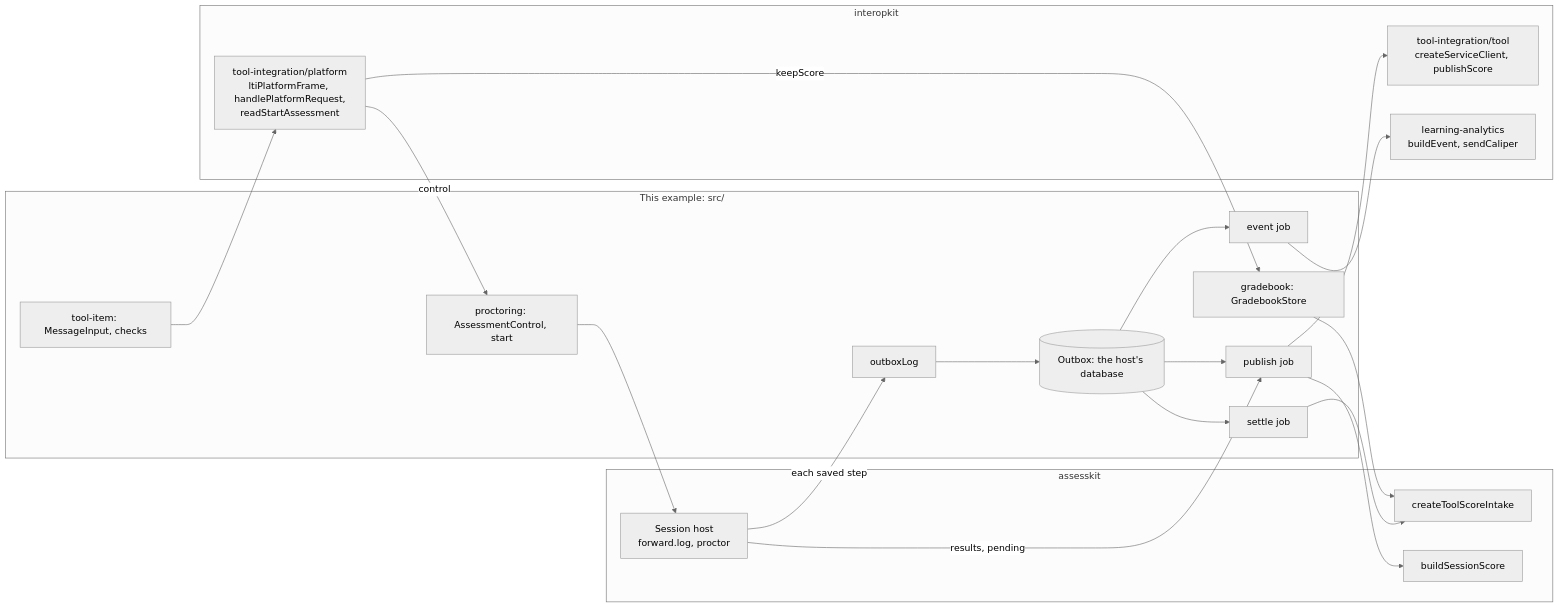
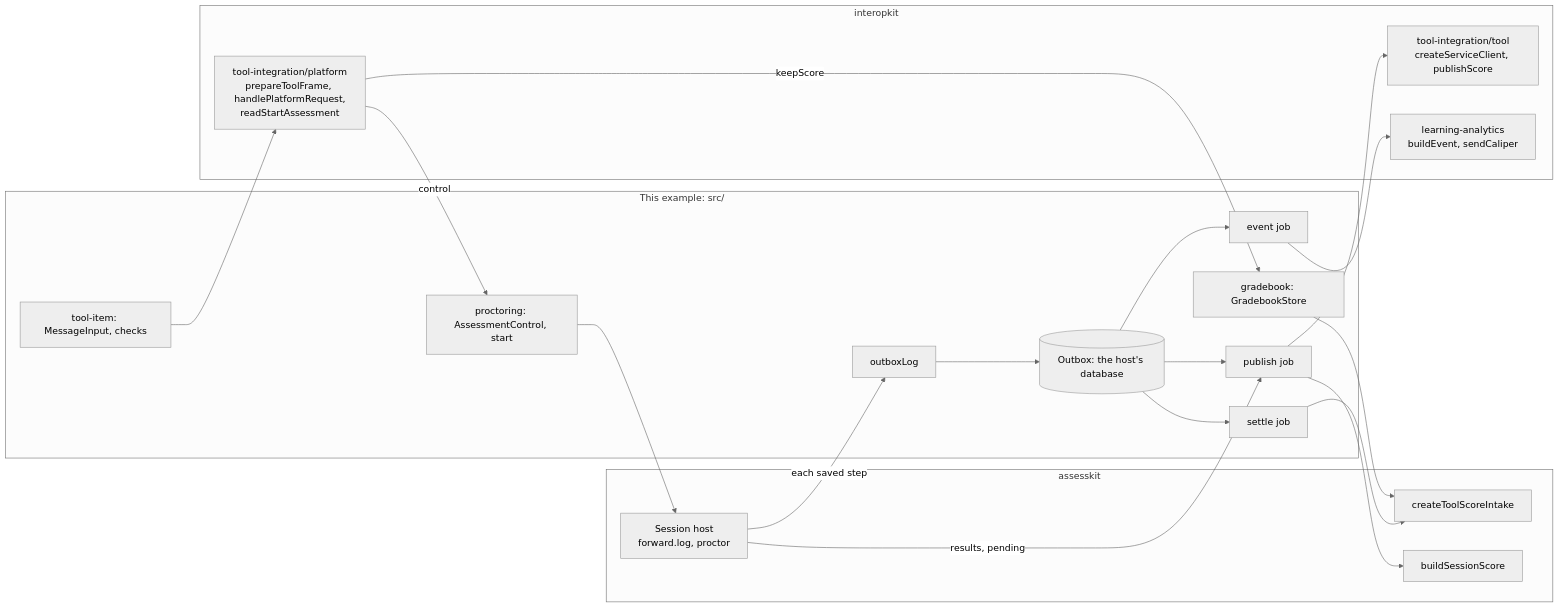
The diagram in examples/player/lms-integration/README.md (assesskit/assesskit), drawn with Mermaid (neutral theme) before and after one commit. The commit also changed other lines of this file and 22 other files, not shown here.

````diff
--- a/examples/player/lms-integration/README.md
+++ b/examples/player/lms-integration/README.md
@@ -7,34 +7,34 @@
 ```mermaid
 flowchart LR
   subgraph assesskit["assesskit"]
     host["Session host<br/>forward.log, proctor"]
     intake["createToolScoreIntake"]
     score["buildSessionScore"]
   end
   subgraph example["This example: src/"]
     log["outboxLog"] --> outbox[("Outbox: the host's database")]
     settle["settle job"]
     events["event job"]
     publish["publish job"]
     item["tool-item: MessageInput, checks"]
     gradebook["gradebook: GradebookStore"]
     proctoring["proctoring: AssessmentControl, start"]
   end
   subgraph kit["interopkit"]
-    platform["tool-integration/platform<br/>ltiPlatformFrame, handlePlatformRequest,<br/>readStartAssessment"]
+    platform["tool-integration/platform<br/>prepareToolFrame, handlePlatformRequest,<br/>readStartAssessment"]
     tool["tool-integration/tool<br/>createServiceClient, publishScore"]
     analytics["learning-analytics<br/>buildEvent, sendCaliper"]
   end
   host -->|each saved step| log
   outbox --> settle --> intake
   outbox --> events --> analytics
   outbox --> publish
   host -->|results, pending| publish
   publish --> score
   publish --> tool
   item --> platform
   platform -->|keepScore| gradebook
   gradebook --> intake
   platform -->|control| proctoring
   proctoring --> host
 ```
````
